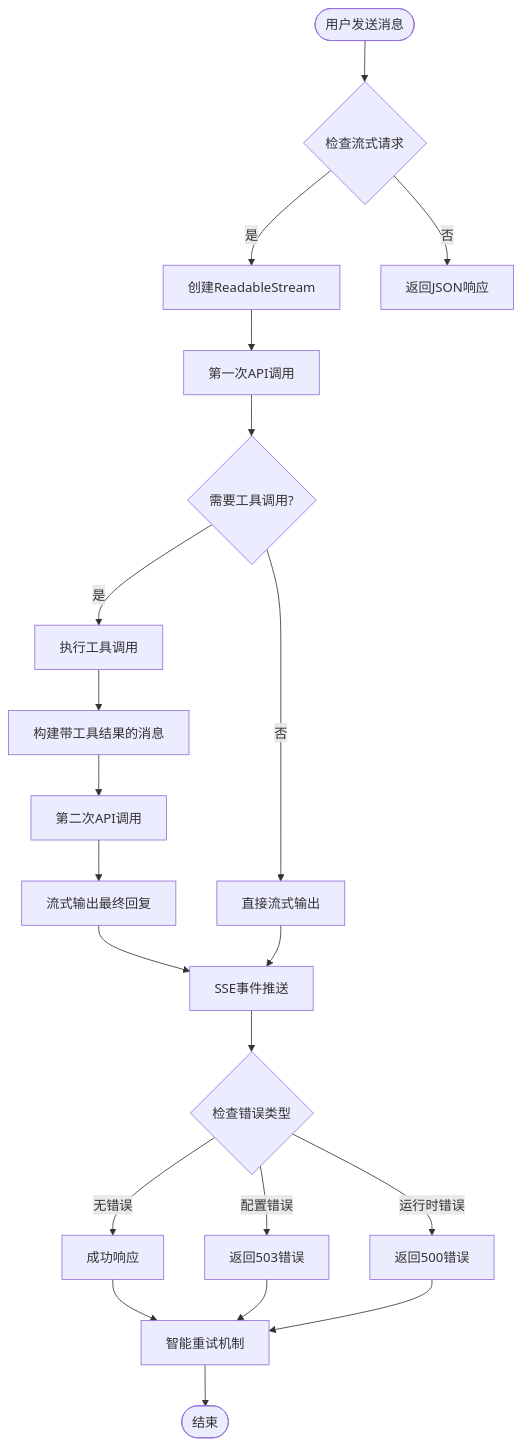
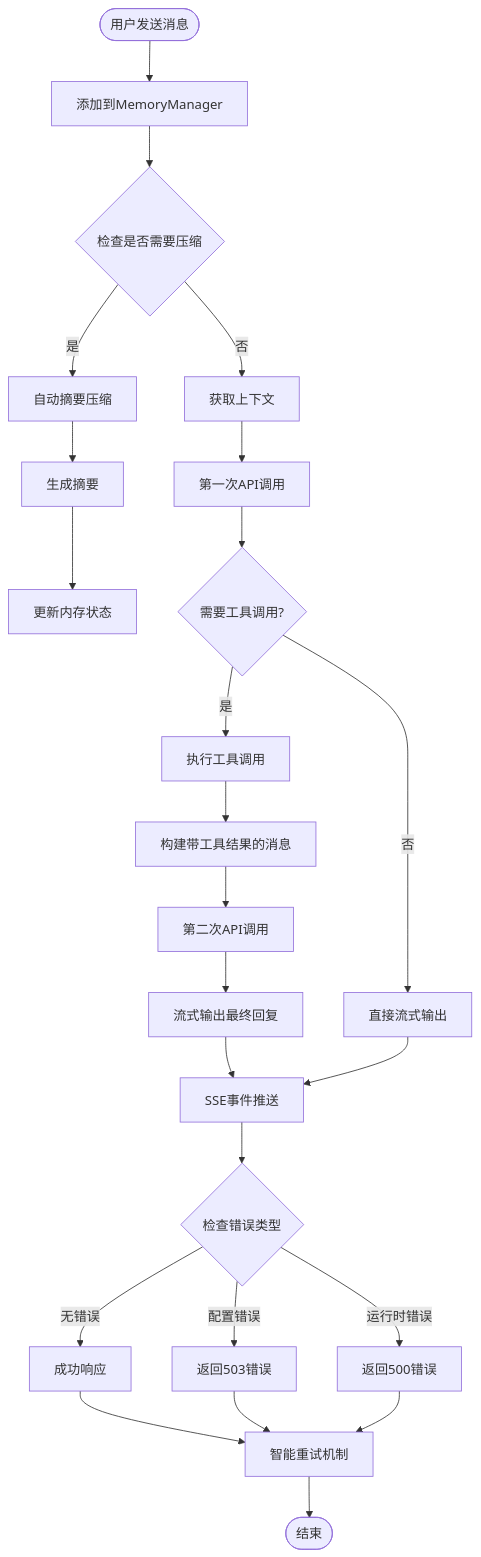
Before and after one commit to CryptoLinxu/Web3-AI-Agent: the third of 22 diagrams in .qoder/repowiki/zh/content/核心技能详解/SSE流式聊天系统.md, drawn with Mermaid. The commit also changed other lines of this file and 9 other files, not shown here.

````diff
--- a/.qoder/repowiki/zh/content/核心技能详解/SSE流式聊天系统.md
+++ b/.qoder/repowiki/zh/content/核心技能详解/SSE流式聊天系统.md
@@ -160,23 +195,26 @@
 ```mermaid
 flowchart TD
-Start([用户发送消息]) --> CheckStream{检查流式请求}
-CheckStream --> |是| CreateStream[创建ReadableStream]
-CheckStream --> |否| JsonResponse[返回JSON响应]
-CreateStream --> FirstCall[第一次API调用]
+Start([用户发送消息]) --> AddToMemory[添加到MemoryManager]
+AddToMemory --> CheckCompress{检查是否需要压缩}
+CheckCompress --> |是| AutoCompress[自动摘要压缩]
+AutoCompress --> GenerateSummary[生成摘要]
+GenerateSummary --> UpdateState[更新内存状态]
+CheckCompress --> |否| GetContext[获取上下文]
+GetContext --> FirstCall[第一次API调用]
 FirstCall --> NeedTools{需要工具调用?}
 NeedTools --> |是| ExecuteTools[执行工具调用]
 ExecuteTools --> BuildMessages[构建带工具结果的消息]
 BuildMessages --> SecondCall[第二次API调用]
 SecondCall --> StreamFinal[流式输出最终回复]
 NeedTools --> |否| DirectStream[直接流式输出]
 StreamFinal --> SSEOutput[SSE事件推送]
 DirectStream --> SSEOutput
 SSEOutput --> ErrorCheck{检查错误类型}
 ErrorCheck --> |配置错误| ConfigError[返回503错误]
 ErrorCheck --> |运行时错误| RuntimeError[返回500错误]
 ErrorCheck --> |无错误| Success[成功响应]
 Success --> RetryMechanism[智能重试机制]
 ConfigError --> RetryMechanism
 RuntimeError --> RetryMechanism
 RetryMechanism --> End([结束])
 ```
````
